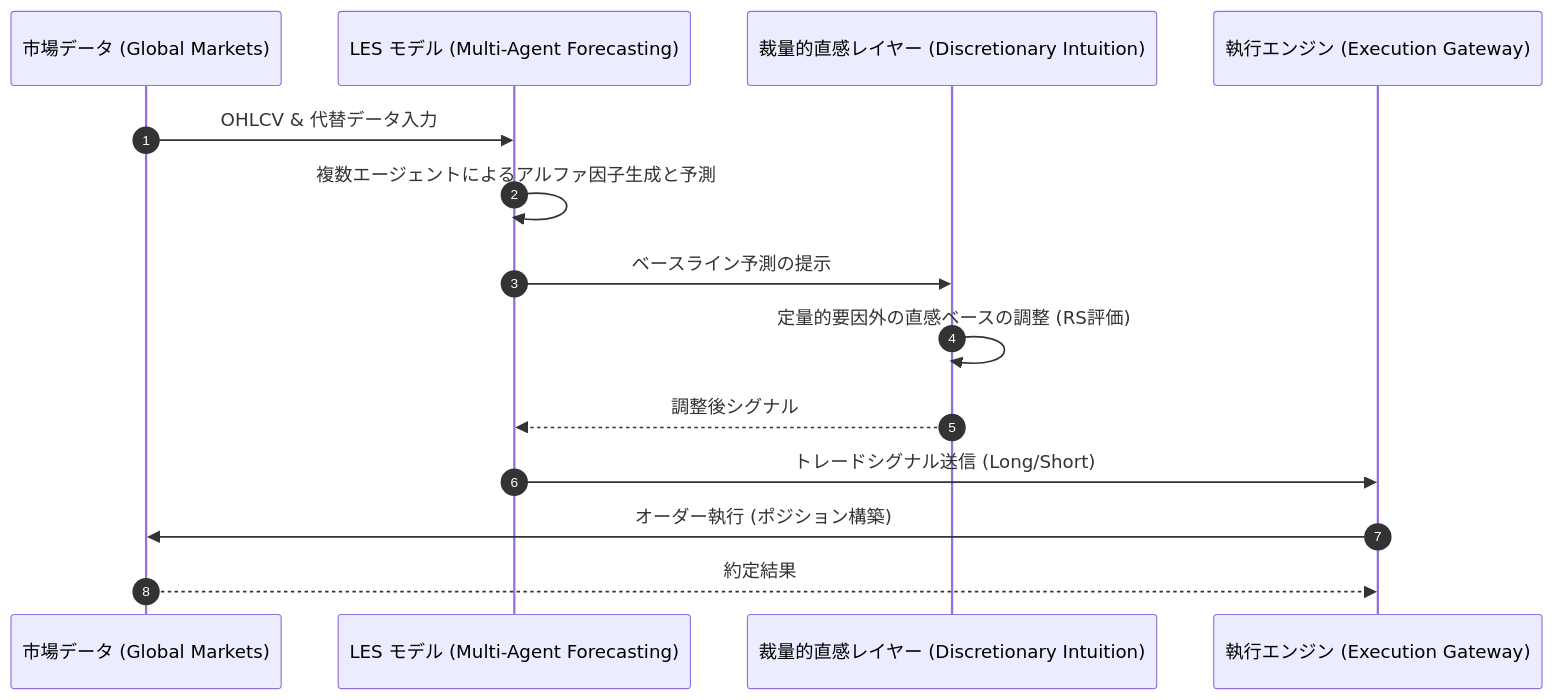
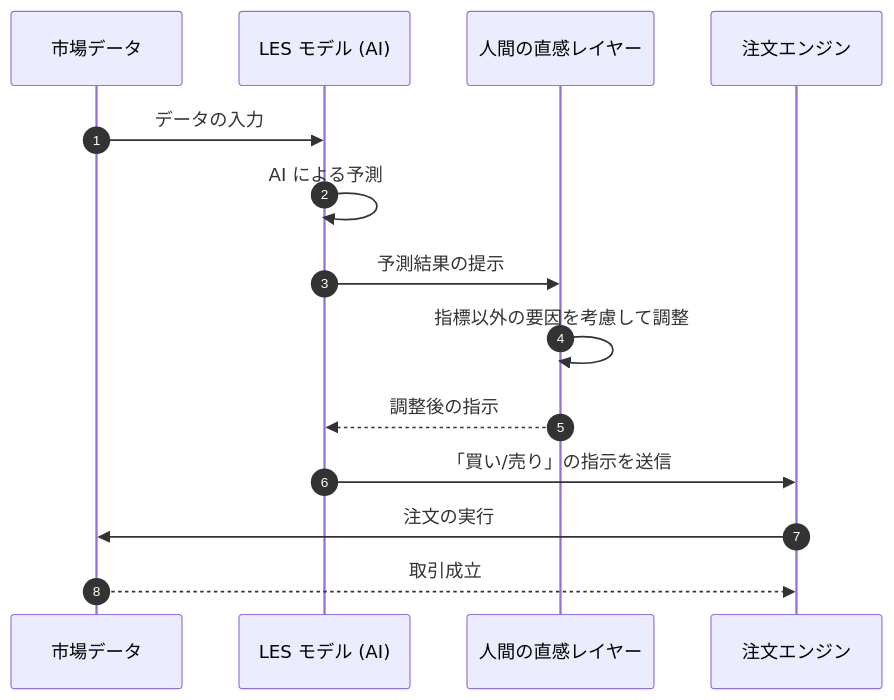
One commit to KAFKA2306/investor changed the diagram in docs/arxiv/20260223_les_repro.md. Above: the diagram before and after it, drawn with Mermaid. The commit also changed other lines of this file and 19 other files, not shown here.

````diff
--- a/docs/arxiv/20260223_les_repro.md
+++ b/docs/arxiv/20260223_les_repro.md
@@ -32,17 +26,17 @@
 ```mermaid
 sequenceDiagram
     autonumber
-    participant Market as 市場データ (Global Markets)
-    participant Model as LES モデル (Multi-Agent Forecasting)
-    participant DI as 裁量的直感レイヤー (Discretionary Intuition)
-    participant Exec as 執行エンジン (Execution Gateway)
+    participant Market as 市場データ
+    participant Model as LES モデル (AI)
+    participant DI as 人間の直感レイヤー
+    participant Exec as 注文エンジン
 
-    Market->>Model: OHLCV & 代替データ入力
-    Model->>Model: 複数エージェントによるアルファ因子生成と予測
-    Model->>DI: ベースライン予測の提示
-    DI->>DI: 定量的要因外の直感ベースの調整 (RS評価)
-    DI-->>Model: 調整後シグナル
-    Model->>Exec: トレードシグナル送信 (Long/Short)
-    Exec->>Market: オーダー執行 (ポジション構築)
-    Market-->>Exec: 約定結果
+    Market->>Model: データの入力
+    Model->>Model: AI による予測
+    Model->>DI: 予測結果の提示
+    DI->>DI: 指標以外の要因を考慮して調整
+    DI-->>Model: 調整後の指示
+    Model->>Exec: 「買い/売り」の指示を送信
+    Exec->>Market: 注文の実行
+    Market-->>Exec: 取引成立
 ```
````
